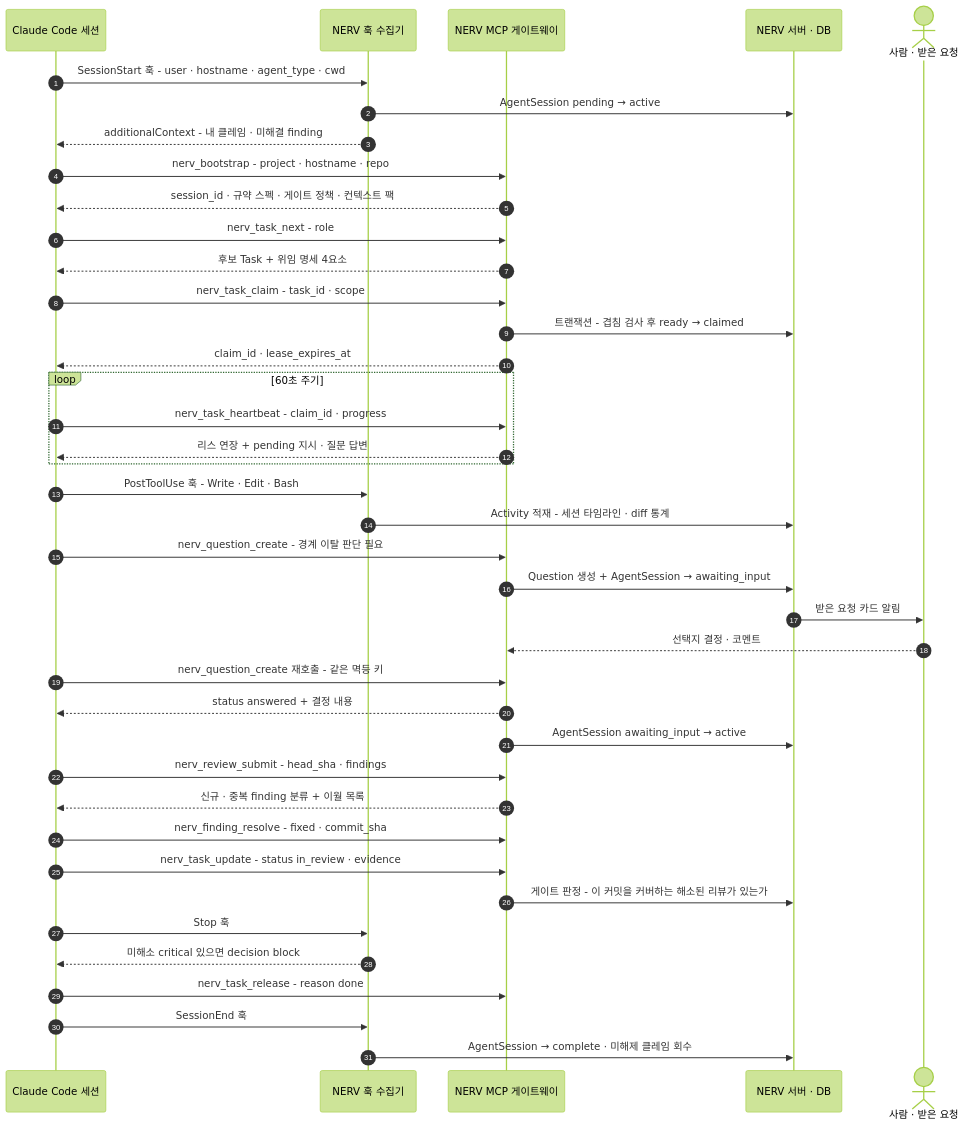
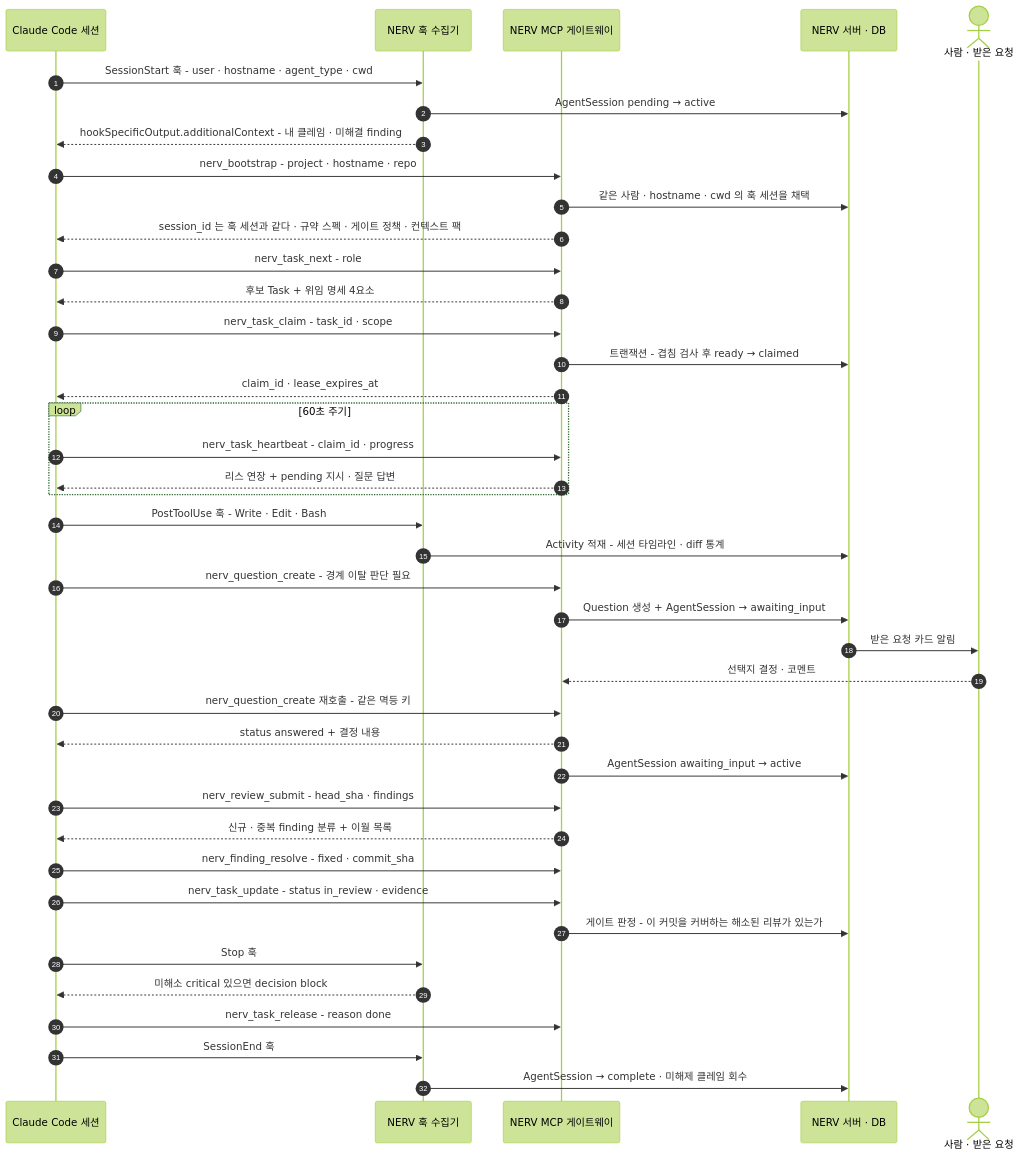
One commit to worker-ants/nerv changed the second of 2 diagrams in docs/03-proposal/agent-integration.md. Above: the diagram before and after it, drawn with Mermaid (forest theme). The commit also changed other lines of this file and 12 other files, not shown here.

````diff
--- a/docs/03-proposal/agent-integration.md
+++ b/docs/03-proposal/agent-integration.md
@@ -432,42 +439,43 @@
 ```mermaid
 sequenceDiagram
   autonumber
   participant S as Claude Code 세션
   participant H as NERV 훅 수집기
   participant M as NERV MCP 게이트웨이
   participant DB as NERV 서버 · DB
   actor U as 사람 · 받은 요청
   S->>H: SessionStart 훅 - user · hostname · agent_type · cwd
   H->>DB: AgentSession pending → active
-  H-->>S: additionalContext - 내 클레임 · 미해결 finding
+  H-->>S: hookSpecificOutput.additionalContext - 내 클레임 · 미해결 finding
   S->>M: nerv_bootstrap - project · hostname · repo
-  M-->>S: session_id · 규약 스펙 · 게이트 정책 · 컨텍스트 팩
+  M->>DB: 같은 사람 · hostname · cwd 의 훅 세션을 채택
+  M-->>S: session_id 는 훅 세션과 같다 · 규약 스펙 · 게이트 정책 · 컨텍스트 팩
   S->>M: nerv_task_next - role
   M-->>S: 후보 Task + 위임 명세 4요소
   S->>M: nerv_task_claim - task_id · scope
   M->>DB: 트랜잭션 - 겹침 검사 후 ready → claimed
   M-->>S: claim_id · lease_expires_at
   loop 60초 주기
     S->>M: nerv_task_heartbeat - claim_id · progress
     M-->>S: 리스 연장 + pending 지시 · 질문 답변
   end
   S->>H: PostToolUse 훅 - Write · Edit · Bash
   H->>DB: Activity 적재 - 세션 타임라인 · diff 통계
   S->>M: nerv_question_create - 경계 이탈 판단 필요
   M->>DB: Question 생성 + AgentSession → awaiting_input
   DB->>U: 받은 요청 카드 알림
   U-->>M: 선택지 결정 · 코멘트
   S->>M: nerv_question_create 재호출 - 같은 멱등 키
   M-->>S: status answered + 결정 내용
   M->>DB: AgentSession awaiting_input → active
   S->>M: nerv_review_submit - head_sha · findings
   M-->>S: 신규 · 중복 finding 분류 + 이월 목록
   S->>M: nerv_finding_resolve - fixed · commit_sha
   S->>M: nerv_task_update - status in_review · evidence
   M->>DB: 게이트 판정 - 이 커밋을 커버하는 해소된 리뷰가 있는가
   S->>H: Stop 훅
   H-->>S: 미해소 critical 있으면 decision block
   S->>M: nerv_task_release - reason done
   S->>H: SessionEnd 훅
   H->>DB: AgentSession → complete · 미해제 클레임 회수
 ```
````
